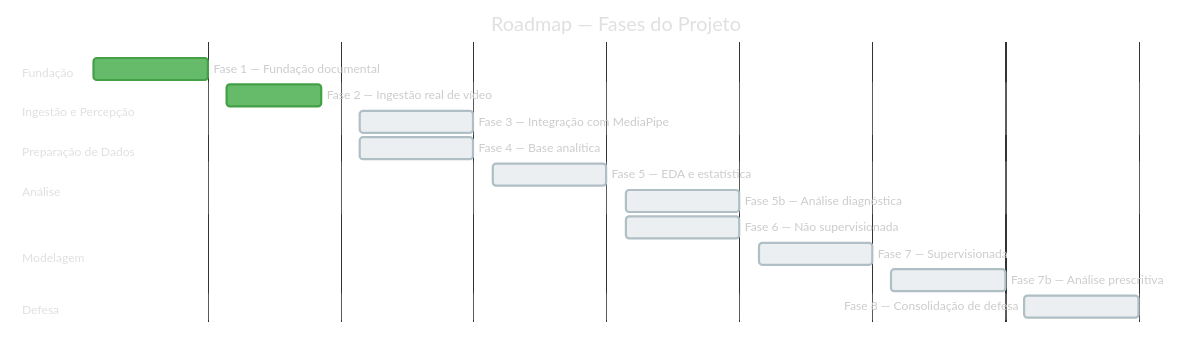
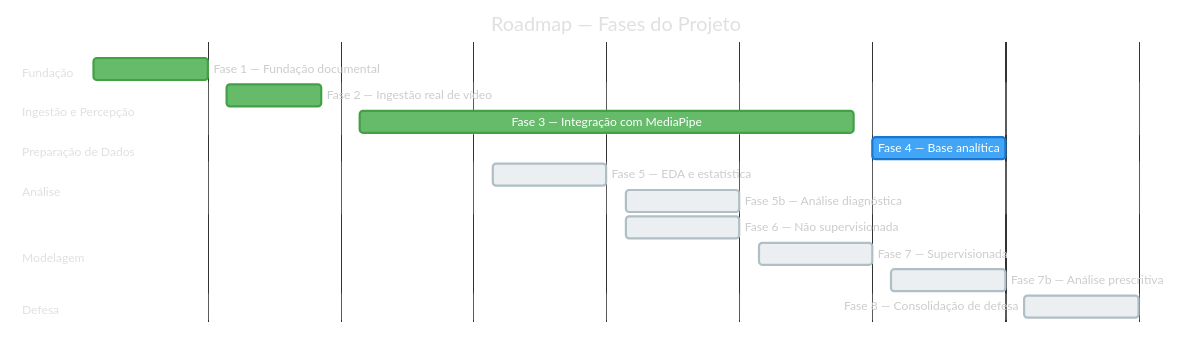
The first of 2 diagrams in docs/ROADMAP.md (especializacao-ia-pucsp/mediapipe-seguranca), drawn with Mermaid before and after one commit. The commit also changed other lines of this file and 13 other files, not shown here.

First line of the commit message:
feat: Implement MediaPipe extraction pipeline for ShanghaiTech dataset

````diff
--- a/docs/ROADMAP.md
+++ b/docs/ROADMAP.md
@@ -42,50 +43,50 @@
 ```mermaid
 %%{init: {'theme': 'base', 'themeVariables': {
     'primaryColor': '#42A5F5',
     'primaryTextColor': '#fff',
     'primaryBorderColor': '#1976D2',
     'secondaryColor': '#B0BEC5',
     'tertiaryColor': '#E0E0E0',
     'doneTaskBkgColor': '#66BB6A',
     'doneTaskBorderColor': '#43A047',
     'activeTaskBkgColor': '#42A5F5',
     'activeTaskBorderColor': '#1976D2',
     'taskBkgColor': '#ECEFF1',
     'taskBorderColor': '#B0BEC5',
     'taskTextColor': '#333',
     'taskTextDarkColor': '#fff',
     'taskTextOutsideColor': '#ccc',
     'sectionBkgColor': 'transparent',
     'sectionBkgColor2': 'transparent',
     'gridColor': '#616161',
     'todayLineColor': '#F44336',
     'titleColor': '#E0E0E0',
     'fontFamily': 'sans-serif'
 }}}%%
 gantt
     title Roadmap — Fases do Projeto
     dateFormat YYYY-MM-DD
     axisFormat %b/%y
 
     section Fundação
     Fase 1 — Fundação documental      :done,    f1, 2026-03-16, 2026-03-22
 
     section Ingestão e Percepção
     Fase 2 — Ingestão real de vídeo    :done,    f2, 2026-03-23, 2026-03-28
-    Fase 3 — Integração com MediaPipe  :         f3, 2026-03-30, 2026-04-05
+    Fase 3 — Integração com MediaPipe  :done,    f3, 2026-03-30, 2026-04-25
 
     section Preparação de Dados
-    Fase 4 — Base analítica            :         f4, 2026-03-30, 2026-04-05
+    Fase 4 — Base analítica            :active,  f4, 2026-04-26, 2026-05-03
 
     section Análise
     Fase 5 — EDA e estatística         :         f5, 2026-04-06, 2026-04-12
     Fase 5b — Análise diagnóstica      :         f5b, 2026-04-13, 2026-04-19
 
     section Modelagem
     Fase 6 — Não supervisionada        :         f6, 2026-04-13, 2026-04-19
     Fase 7 — Supervisionada            :         f7, 2026-04-20, 2026-04-26
     Fase 7b — Análise prescritiva      :         f7b, 2026-04-27, 2026-05-03
 
     section Defesa
     Fase 8 — Consolidação de defesa    :         f8, 2026-05-04, 2026-05-10
 ```
````
